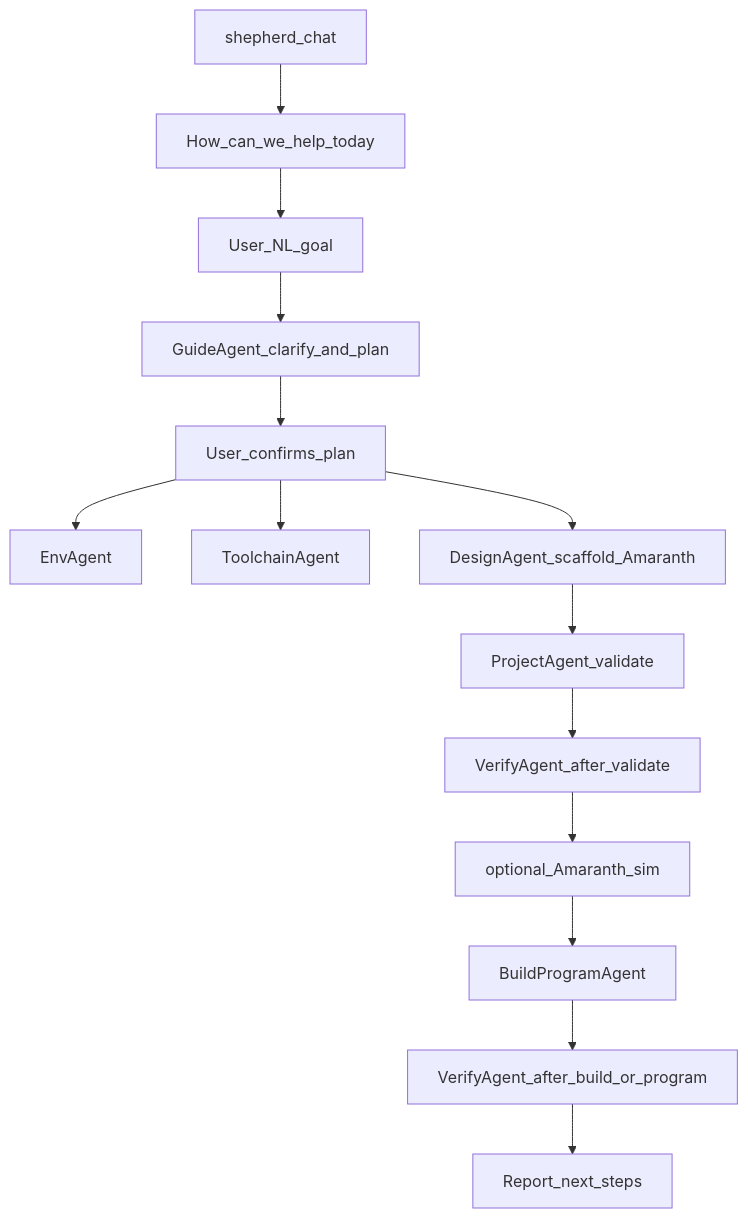
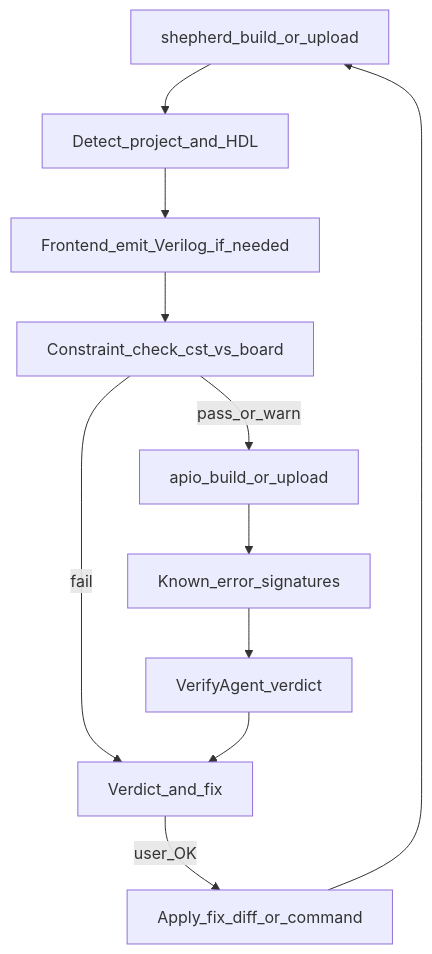
One commit to stepacool/FPGA-shepherd changed the diagram in PLAN.md. Above: the diagram before and after it, drawn with Mermaid. The commit also changed other lines of this file, not shown here.

Commit message:
Updated plan

````diff
--- a/PLAN.md
+++ b/PLAN.md
@@ -27,16 +44,13 @@
 ```mermaid
 flowchart TD
-  Start[shepherd_chat] --> Ask[How_can_we_help_today]
-  Ask --> Goal[User_NL_goal]
-  Goal --> Guide[GuideAgent_clarify_and_plan]
-  Guide --> Confirm[User_confirms_plan]
-  Confirm --> Env[EnvAgent]
-  Confirm --> Toolchain[ToolchainAgent]
-  Confirm --> Design[DesignAgent_scaffold_Amaranth]
-  Design --> Project[ProjectAgent_validate]
-  Project --> Verify1[VerifyAgent_after_validate]
-  Verify1 --> Sim[optional_Amaranth_sim]
-  Sim --> Build[BuildProgramAgent]
-  Build --> Verify2[VerifyAgent_after_build_or_program]
-  Verify2 --> Done[Report_next_steps]
+  Cmd[shepherd_build_or_upload] --> Detect[Detect_project_and_HDL]
+  Detect --> FE[Frontend_emit_Verilog_if_needed]
+  FE --> Pins[Constraint_check_cst_vs_board]
+  Pins -->|fail| Report[Verdict_and_fix]
+  Pins -->|pass_or_warn| Apio[apio_build_or_upload]
+  Apio --> Match[Known_error_signatures]
+  Match --> Verify[VerifyAgent_verdict]
+  Verify --> Report
+  Report -->|user_OK| Fix[Apply_fix_diff_or_command]
+  Fix --> Cmd
 ```
````
